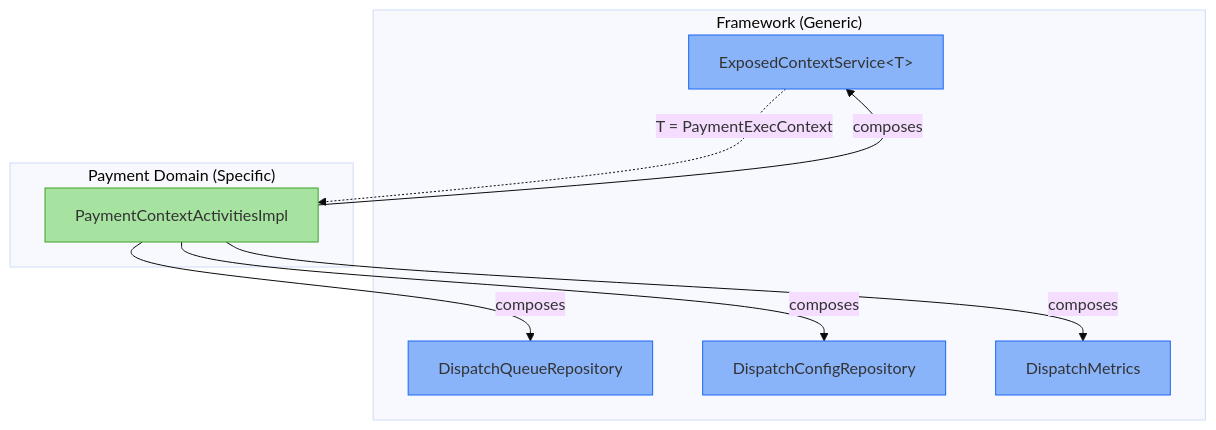
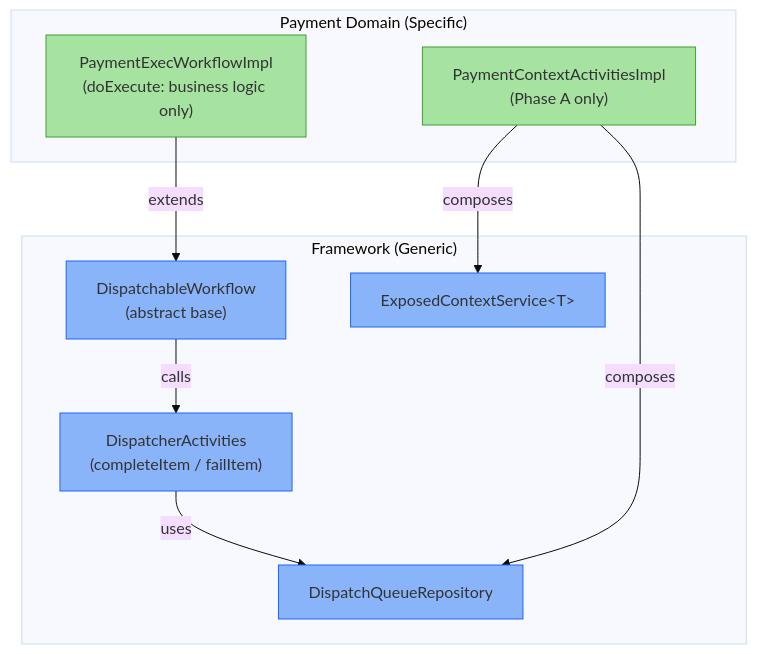
Diagram 12 of 13 in README.md (arunav-bhattacharya/payment-dispatch), drawn with Mermaid (base theme) before and after one commit. The commit also changed other lines of this file and 24 other files, not shown here.

````diff
--- a/README.md
+++ b/README.md
@@ -741,26 +714,27 @@
 ```mermaid
 graph TB
     subgraph "Framework (Generic)"
+        DW["DispatchableWorkflow\n(abstract base)"]
+        DA["DispatcherActivities\n(completeItem / failItem)"]
         ECS["ExposedContextService&lt;T&gt;"]
         DQR["DispatchQueueRepository"]
-        DCR["DispatchConfigRepository"]
-        DM["DispatchMetrics"]
     end
 
     subgraph "Payment Domain (Specific)"
-        PCA["PaymentContextActivitiesImpl"]
+        PEW["PaymentExecWorkflowImpl\n(doExecute: business logic only)"]
+        PCA["PaymentContextActivitiesImpl\n(Phase A only)"]
     end
 
+    PEW -->|"extends"| DW
+    DW -->|"calls"| DA
+    DA -->|"uses"| DQR
     PCA -->|"composes"| ECS
     PCA -->|"composes"| DQR
-    PCA -->|"composes"| DCR
-    PCA -->|"composes"| DM
 
-    ECS -.->|"T = PaymentExecContext"| PCA
-
+    style DW fill:#89b4fa,stroke:#1e66f5
+    style DA fill:#89b4fa,stroke:#1e66f5
     style ECS fill:#89b4fa,stroke:#1e66f5
     style DQR fill:#89b4fa,stroke:#1e66f5
-    style DCR fill:#89b4fa,stroke:#1e66f5
-    style DM fill:#89b4fa,stroke:#1e66f5
+    style PEW fill:#a6e3a1,stroke:#40a02b
     style PCA fill:#a6e3a1,stroke:#40a02b
 ```
````
